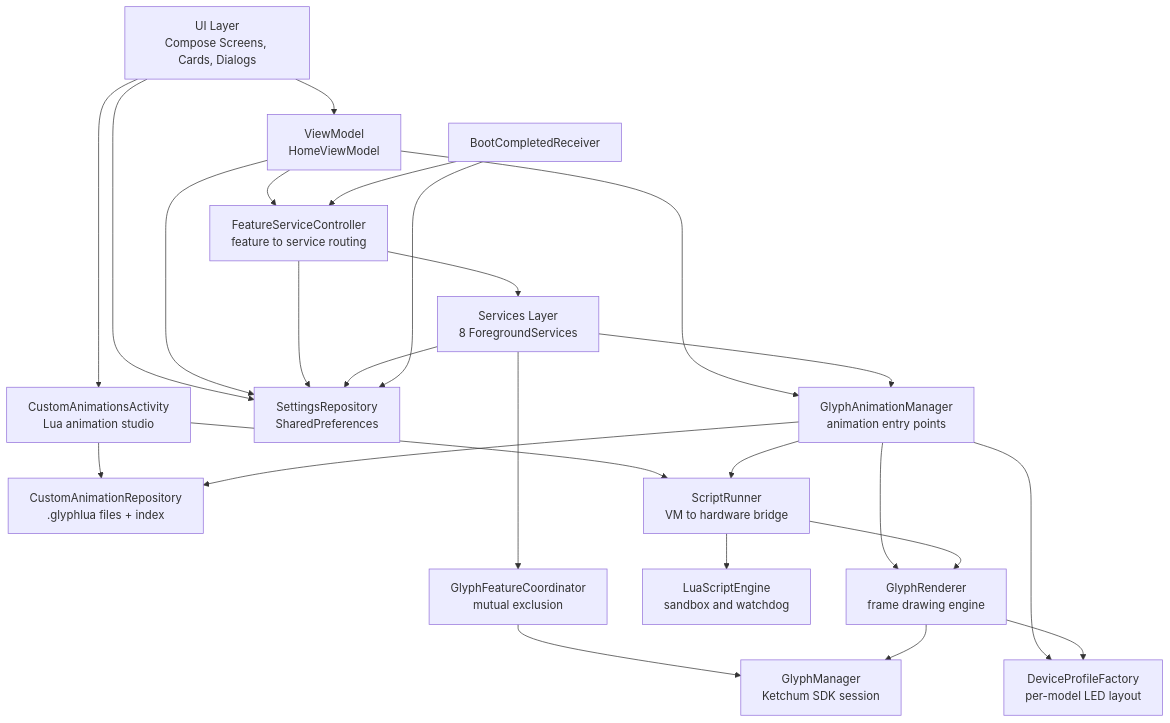
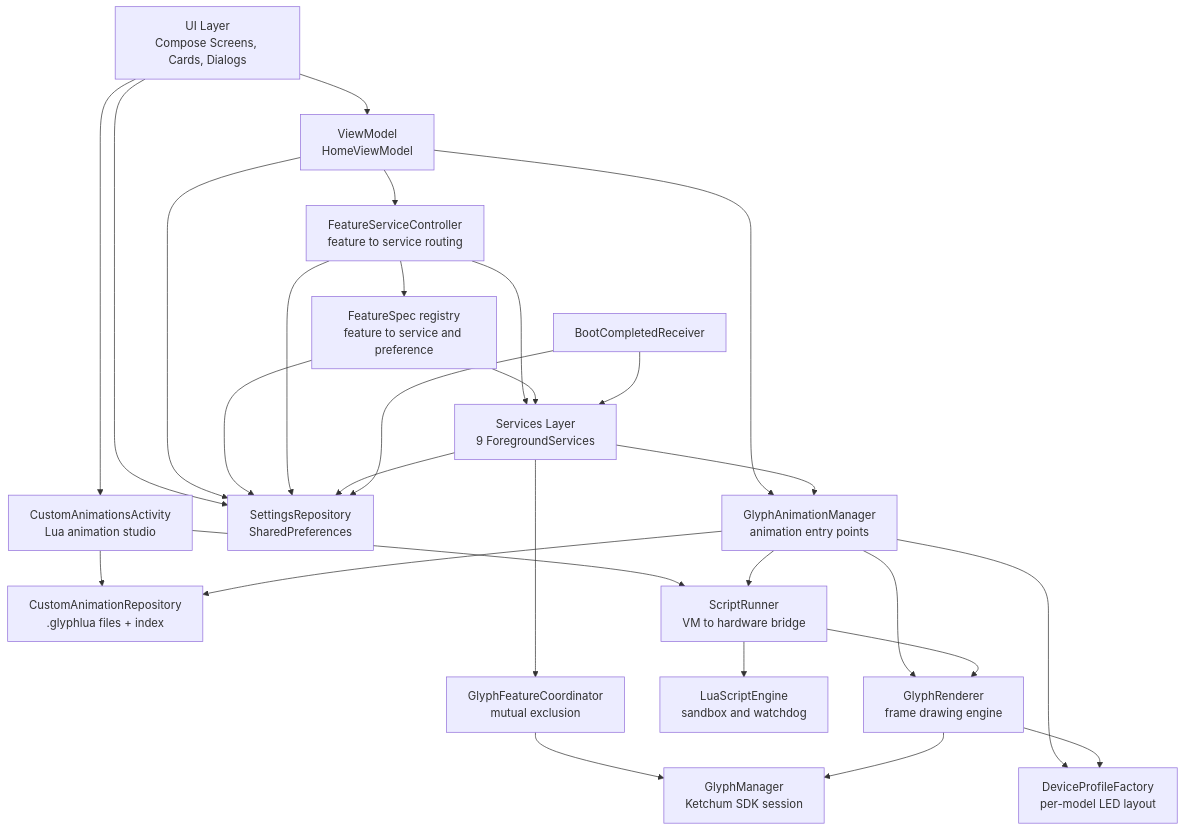
One commit to hardWorker254/Glyph-Sharge-fork changed the diagram in docs/DOCUMENTATION_EN.md. Above: the diagram before and after it, drawn with Mermaid. The commit also changed other lines of this file and 98 other files, not shown here.

````diff
--- a/docs/DOCUMENTATION_EN.md
+++ b/docs/DOCUMENTATION_EN.md
@@ -124,43 +124,47 @@
 ```mermaid
 graph TD
     UI["UI Layer<br/>Compose Screens, Cards, Dialogs"]
     STUDIO["CustomAnimationsActivity<br/>Lua animation studio"]
     VM["ViewModel<br/>HomeViewModel"]
-    SVC["Services Layer<br/>8 ForegroundServices"]
+    SVC["Services Layer<br/>9 ForegroundServices"]
     CTRL["FeatureServiceController<br/>feature to service routing"]
+    SPEC["FeatureSpec registry<br/>feature to service and preference"]
     REPO["SettingsRepository<br/>SharedPreferences"]
     CREPO["CustomAnimationRepository<br/>.glyphlua files + index"]
     COORD["GlyphFeatureCoordinator<br/>mutual exclusion"]
     GM["GlyphManager<br/>Ketchum SDK session"]
     ANIM["GlyphAnimationManager<br/>animation entry points"]
     SRUN["ScriptRunner<br/>VM to hardware bridge"]
     LUA["LuaScriptEngine<br/>sandbox and watchdog"]
     REND["GlyphRenderer<br/>frame drawing engine"]
     PROF["DeviceProfileFactory<br/>per-model LED layout"]
     BOOT["BootCompletedReceiver"]
 
     UI --> VM
     UI --> REPO
     UI --> STUDIO
     STUDIO --> CREPO
     STUDIO --> SRUN
     VM --> CTRL
     VM --> REPO
     VM --> ANIM
     CTRL --> SVC
+    CTRL --> SPEC
+    SPEC --> SVC
+    SPEC --> REPO
     CTRL --> REPO
     SVC --> REPO
     SVC --> COORD
     SVC --> ANIM
     COORD --> GM
     ANIM --> REND
     ANIM --> PROF
     ANIM --> CREPO
     ANIM --> SRUN
     SRUN --> LUA
     SRUN --> REND
     REND --> GM
     REND --> PROF
-    BOOT --> CTRL
+    BOOT --> SVC
     BOOT --> REPO
 ```
````
